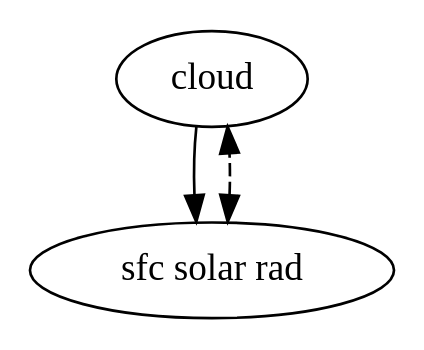
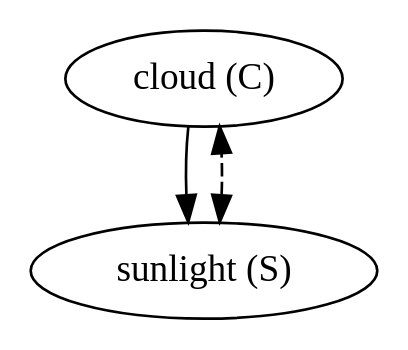
The diagram in bidirected.dot (massma/causality-earth-science), drawn with Graphviz before and after one commit. The commit also changed 5 other files, not shown here.

```diff
--- a/bidirected.dot
+++ b/bidirected.dot
@@ -1,8 +1,8 @@
 digraph G {
-	c[label="cloud"];
-	s[label="sfc solar rad"];
+	c[label="cloud (C)"];
+	s[label="sunlight (S)"];
 
 	c -> s;
 	s -> c [dir="both",style="dashed"];
 
 }
```
